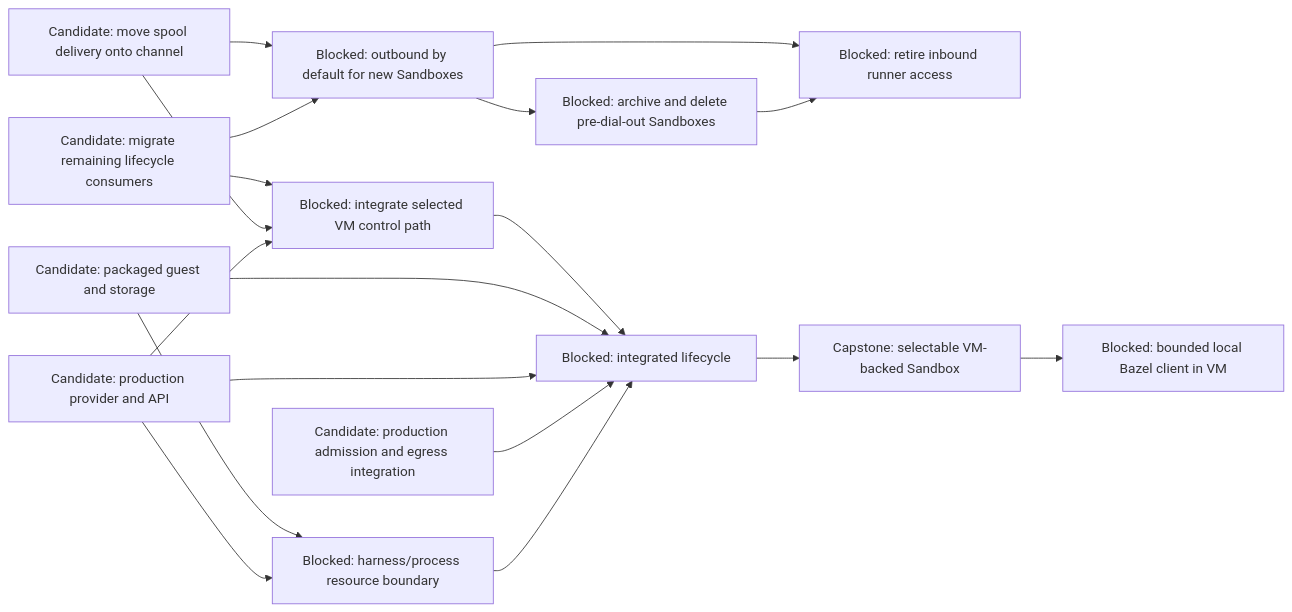
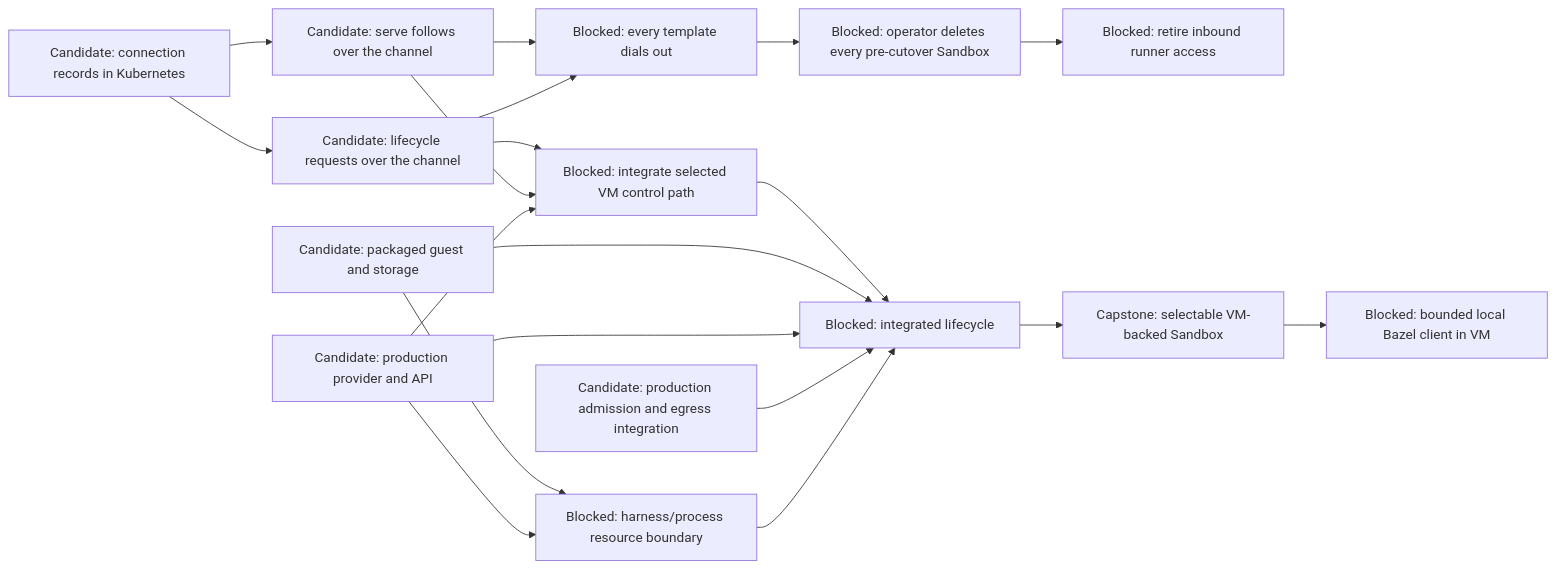
One commit to agentydragon-agent/ducktape changed the sixth of 11 diagrams in agentplane/plans/task_dag.md. Above: the diagram before and after it, drawn with Mermaid. The commit also changed other lines of this file and 1 other file, not shown here.

First line of the commit message:
agentplane: accept event following and Kubernetes connection records for the runner channel (#9849)

````diff
--- a/agentplane/plans/task_dag.md
+++ b/agentplane/plans/task_dag.md
@@ -325,29 +325,31 @@
 ```mermaid
 flowchart LR
-    RUNNER_OUTBOUND_SPOOL[Candidate: move spool delivery onto channel]
-    RUNNER_OUTBOUND_LIFECYCLE[Candidate: migrate remaining lifecycle consumers]
-    RUNNER_OUTBOUND_ROLLOUT[Blocked: outbound by default for new Sandboxes]
+    RUNNER_CONNECTION_RECORDS[Candidate: connection records in Kubernetes]
+    RUNNER_OUTBOUND_SPOOL[Candidate: serve follows over the channel]
+    RUNNER_OUTBOUND_LIFECYCLE[Candidate: lifecycle requests over the channel]
+    RUNNER_OUTBOUND_ROLLOUT[Blocked: every template dials out]
     VM_CONTROL_NETWORKING[Blocked: integrate selected VM control path]
     VM_IMAGE[Candidate: packaged guest and storage]
     VM_PROVIDER[Candidate: production provider and API]
     VM_EGRESS[Candidate: production admission and egress integration]
     VM_PROCESS_ISOLATION[Blocked: harness/process resource boundary]
     VM_LIFECYCLE[Blocked: integrated lifecycle]
+    RUNNER_CONNECTION_RECORDS --> RUNNER_OUTBOUND_SPOOL
+    RUNNER_CONNECTION_RECORDS --> RUNNER_OUTBOUND_LIFECYCLE
     RUNNER_OUTBOUND_LIFECYCLE --> VM_CONTROL_NETWORKING
     RUNNER_OUTBOUND_SPOOL --> VM_CONTROL_NETWORKING
     RUNNER_OUTBOUND_SPOOL --> RUNNER_OUTBOUND_ROLLOUT
     RUNNER_OUTBOUND_LIFECYCLE --> RUNNER_OUTBOUND_ROLLOUT
-    RUNNER_OUTBOUND_ROLLOUT --> RUNNER_INBOUND_RETIRE[Blocked: retire inbound runner access]
-    RUNNER_OUTBOUND_ROLLOUT --> LEGACY_SANDBOX_RETIRE[Blocked: archive and delete pre-dial-out Sandboxes]
-    LEGACY_SANDBOX_RETIRE --> RUNNER_INBOUND_RETIRE
+    RUNNER_OUTBOUND_ROLLOUT --> LEGACY_SANDBOX_RETIRE[Blocked: operator deletes every pre-cutover Sandbox]
+    LEGACY_SANDBOX_RETIRE --> RUNNER_INBOUND_RETIRE[Blocked: retire inbound runner access]
     VM_PROVIDER --> VM_CONTROL_NETWORKING
     VM_CONTROL_NETWORKING --> VM_LIFECYCLE
     VM_IMAGE --> VM_PROCESS_ISOLATION
     VM_PROVIDER --> VM_PROCESS_ISOLATION
     VM_IMAGE --> VM_LIFECYCLE
     VM_PROVIDER --> VM_LIFECYCLE
     VM_EGRESS --> VM_LIFECYCLE
     VM_PROCESS_ISOLATION --> VM_LIFECYCLE
     VM_LIFECYCLE --> SANDBOX_VM_ISOLATION[Capstone: selectable VM-backed Sandbox]
     SANDBOX_VM_ISOLATION --> LOCAL_BAZEL[Blocked: bounded local Bazel client in VM]
 ```
````
